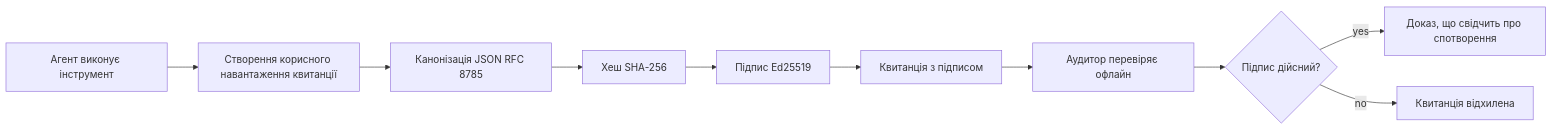
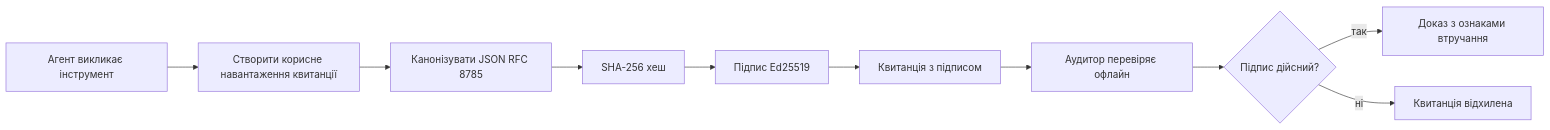
One commit to gabrielmoreira/agent-skills-mirror changed the first of 2 diagrams in mirrors/repos/microsoft@ai-agents-for-beginners/translations/uk/18-securing-ai-agents/README.md. Above: the diagram before and after it, drawn with Mermaid. The commit also changed other lines of this file and 2285 other files, not shown here.

````diff
--- a/mirrors/repos/microsoft@ai-agents-for-beginners/translations/uk/18-securing-ai-agents/README.md
+++ b/mirrors/repos/microsoft@ai-agents-for-beginners/translations/uk/18-securing-ai-agents/README.md
@@ -51,12 +51,12 @@
 ```mermaid
 flowchart LR
-    A[Агент виконує інструмент] --> B[Створення корисного навантаження квитанції]
-    B --> C[Канонізація JSON RFC 8785]
-    C --> D[Хеш SHA-256]
+    A[Агент викликає інструмент] --> B[Створити корисне навантаження квитанції]
+    B --> C[Канонізувати JSON RFC 8785]
+    C --> D[SHA-256 хеш]
     D --> E[Підпис Ed25519]
     E --> F[Квитанція з підписом]
     F --> G[Аудитор перевіряє офлайн]
     G --> H{Підпис дійсний?}
-    H -- yes --> I[Доказ, що свідчить про спотворення]
-    H -- no --> J[Квитанція відхилена]
+    H -- так --> I[Доказ з ознаками втручання]
+    H -- ні --> J[Квитанція відхилена]
 ```
````
